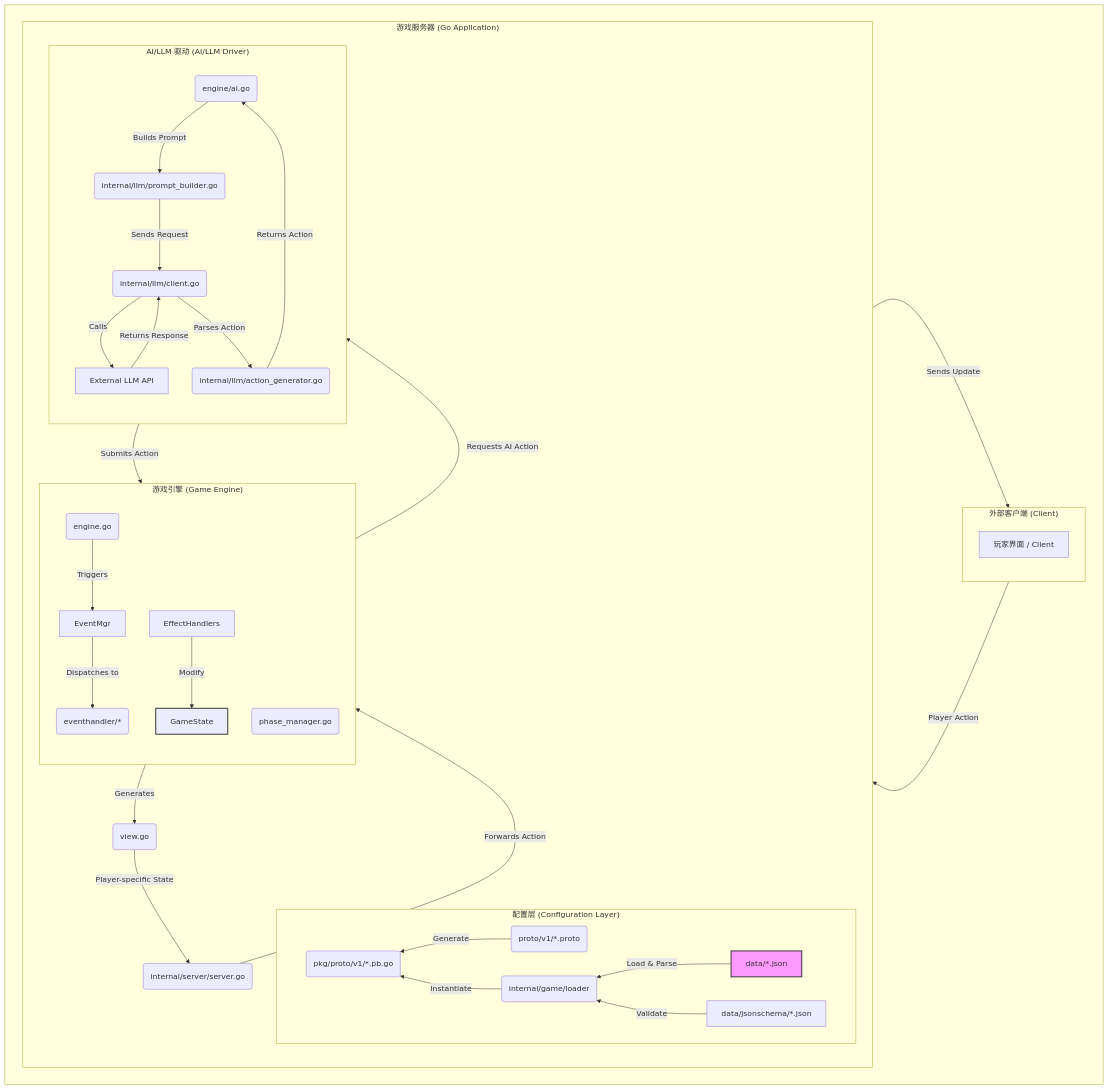
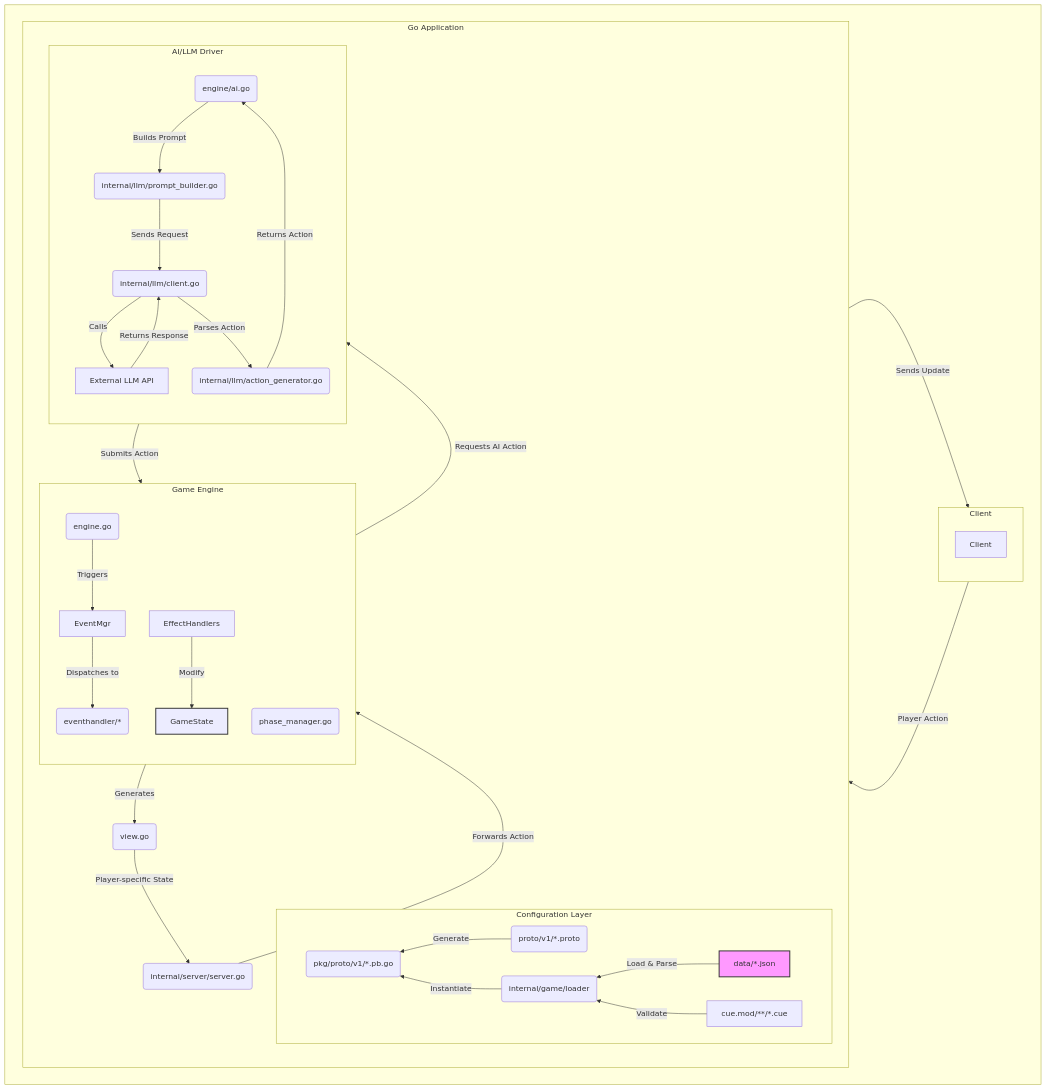
Before and after one commit to constellation39/tragedyLooper: the first of 2 diagrams in README.md, drawn with Mermaid. The commit also changed other lines of this file, not shown here.

First line of the commit message:
docs(README): update for CUE migration and clarity

````diff
--- a/README.md
+++ b/README.md
@@ -117,62 +117,62 @@
 ```mermaid
 graph TD
     subgraph " "
         direction LR
-        subgraph "外部客户端 (Client)"
+        subgraph "Client"
             direction TB
-            UI[玩家界面 / Client]
+            UI[Client]
         end
 
-        subgraph "游戏服务器 (Go Application)"
+        subgraph "Go Application"
             direction TB
             
-            subgraph "配置层 (Configuration Layer)"
+            subgraph "Configuration Layer"
                 direction RL
                 JSON[data/*.json] -->|Load & Parse| Loader(internal/game/loader)
-                Schema[data/jsonschema/*.json] -->|Validate| Loader
+                Schema[cue.mod/**/*.cue] -->|Validate| Loader
                 Proto(proto/v1/*.proto) -->|Generate| PB(pkg/proto/v1/*.pb.go)
                 Loader -->|Instantiate| PB
             end
             
             Server(internal/server/server.go)
 
-            subgraph "游戏引擎 (Game Engine)"
+            subgraph "Game Engine"
                 direction TB
                 Engine(engine.go)
                 PhaseMgr(phase_manager.go)
                 EventMgr -- Dispatches to --> EventHandlers(eventhandler/*)
                 EffectHandlers -- Modify --> GameState
             end
 
-            subgraph "AI/LLM 驱动 (AI/LLM Driver)"
+            subgraph "AI/LLM Driver"
                 direction TB
                 GameAI(engine/ai.go)
                 LLM_Client(internal/llm/client.go)
                 PromptBuilder(internal/llm/prompt_builder.go)
                 ActionGenerator(internal/llm/action_generator.go)
                 ExternalLLM[External LLM API]
 
                 GameAI -->|Builds Prompt| PromptBuilder
                 PromptBuilder -->|Sends Request| LLM_Client
                 LLM_Client -->|Calls| ExternalLLM
                 ExternalLLM -->|Returns Response| LLM_Client
                 LLM_Client -->|Parses Action| ActionGenerator
             end
 
             UI -- Player Action --> Server
             Server -- Forwards Action --> Engine
             Engine -- Triggers --> EventMgr
             
             Engine -- Requests AI Action --> GameAI
             ActionGenerator -- Returns Action --> GameAI
             GameAI -- Submits Action --> Engine
 
             Engine -- Generates --> View(view.go)
             View -- Player-specific State --> Server
             Server -- Sends Update --> UI
         end
     end
 
     style GameState fill:#lightgrey,stroke:#333,stroke-width:2px
     style JSON fill:#f9f,stroke:#333,stroke-width:2px
 ```
````
